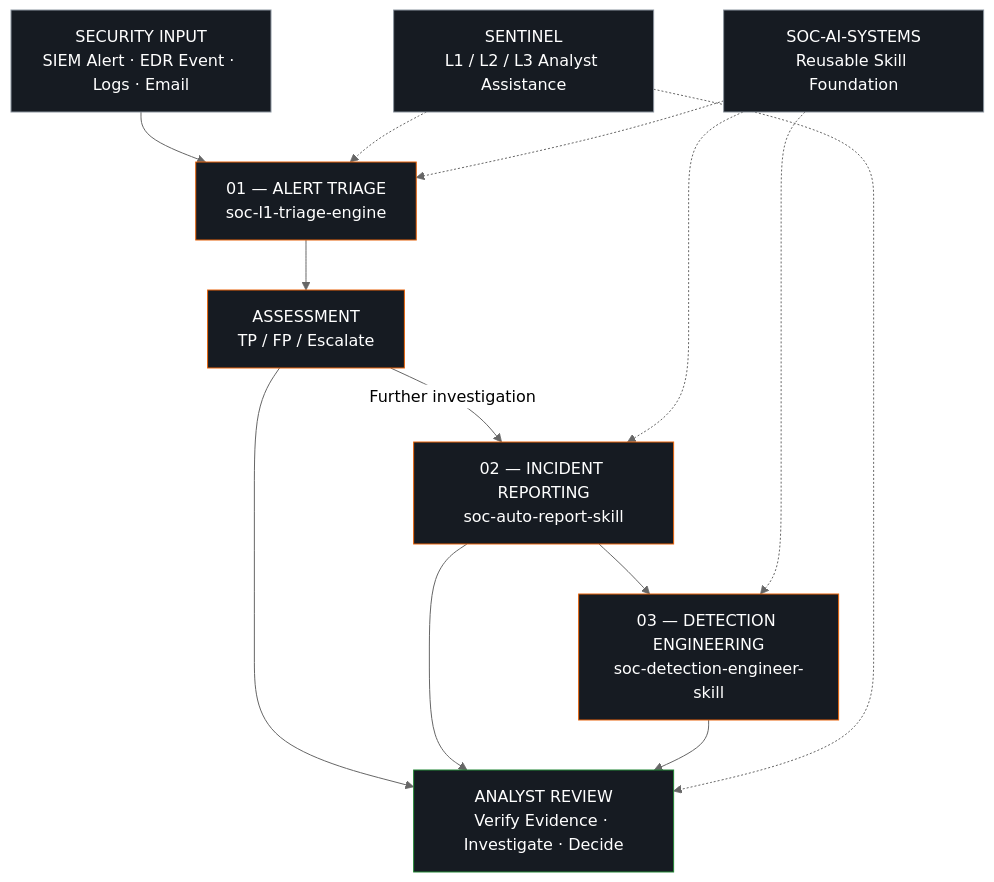
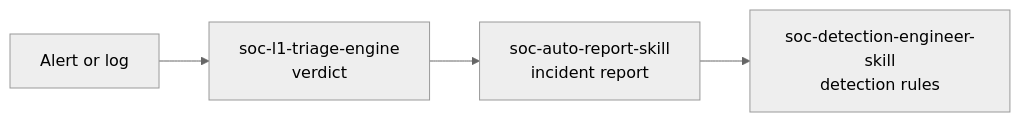
Before and after one commit to mohamed-ai-sec/soc-ai-systems: the diagram in README.md, drawn with Mermaid (neutral theme). The commit also changed other lines of this file, not shown here.

````diff
--- a/README.md
+++ b/README.md
@@ -68,32 +39,6 @@
 ```mermaid
-flowchart TD
-    A["SECURITY INPUT<br/>SIEM Alert · EDR Event · Logs · Email"]
-    B["01 — ALERT TRIAGE<br/>soc-l1-triage-engine"]
-    C["ASSESSMENT<br/>TP / FP / Escalate"]
-    D["02 — INCIDENT REPORTING<br/>soc-auto-report-skill"]
-    E["03 — DETECTION ENGINEERING<br/>soc-detection-engineer-skill"]
-    F["ANALYST REVIEW<br/>Verify Evidence · Investigate · Decide"]
-    S["SENTINEL<br/>L1 / L2 / L3 Analyst Assistance"]
-    R["SOC-AI-SYSTEMS<br/>Reusable Skill Foundation"]
-
-    A --> B --> C
-    C -->|Further investigation| D
-    D --> E
-    C --> F
-    D --> F
-    E --> F
-    S -.-> B
-    S -.-> F
-    R -.-> B
-    R -.-> D
-    R -.-> E
-
-    style A fill:#161b22,stroke:#8b949e,color:#fff
-    style B fill:#161b22,stroke:#E8630A,color:#fff
-    style C fill:#161b22,stroke:#E8630A,color:#fff
-    style D fill:#161b22,stroke:#E8630A,color:#fff
-    style E fill:#161b22,stroke:#E8630A,color:#fff
-    style F fill:#161b22,stroke:#238636,color:#fff
-    style S fill:#161b22,stroke:#8b949e,color:#fff
-    style R fill:#161b22,stroke:#8b949e,color:#fff
+flowchart LR
+    A["Alert or log"] --> B["soc-l1-triage-engine<br/>verdict"]
+    B --> C["soc-auto-report-skill<br/>incident report"]
+    C --> D["soc-detection-engineer-skill<br/>detection rules"]
 ```
````
